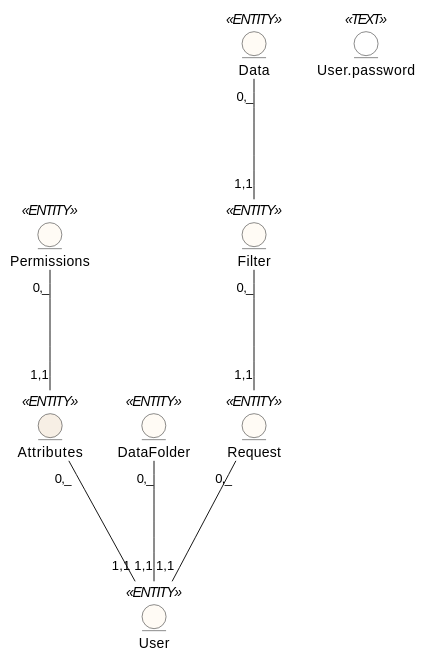
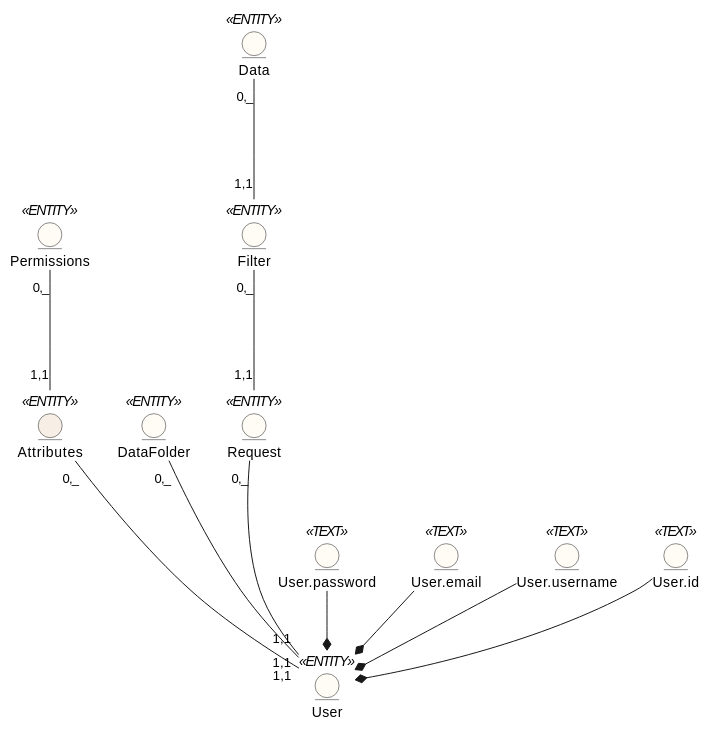
Before and after one commit to edu-db/edu_db_labs: the diagram in docs/design/README.md, drawn with PlantUML. The commit also changed other lines of this file and 25 other files, not shown here.

```diff
--- a/docs/design/README.md
+++ b/docs/design/README.md
@@ -7,20 +8,30 @@
 @startuml
 
+
 entity User <<ENTITY>> #FFFBF5
-entity User.password <<TEXT>> #ffffff
+entity User.password <<TEXT>> #FFFBF5
+entity User.email<<TEXT>> #FFFBF5
+entity User.username<<TEXT>> #FFFBF5
+entity User.id<<TEXT>> #FFFBF5
+
 
 entity Attributes <<ENTITY>> #F7EFE5
 entity DataFolder <<ENTITY>> #FFFBF5
 entity Permissions <<ENTITY>> #FFFBF5
 entity Filter <<ENTITY>> #FFFBF5
 entity Request <<ENTITY>> #FFFBF5
 entity Data <<ENTITY>> #FFFBF5
 
 User "1,1" --u- "0,_" Attributes
 User "1,1" --u- "0,_" Request
 User "1,1" --u- "0,_" DataFolder
 Request "1,1" --u- "0,_" Filter
 Filter "1,1" --u- "0,_" Data
 Attributes "1,1" --u- "0,_" Permissions
 
+User.password -d-* User
+User.email -d-* User
+User.username -d-* User
+User.id -d-* User
+
 @enduml
```
